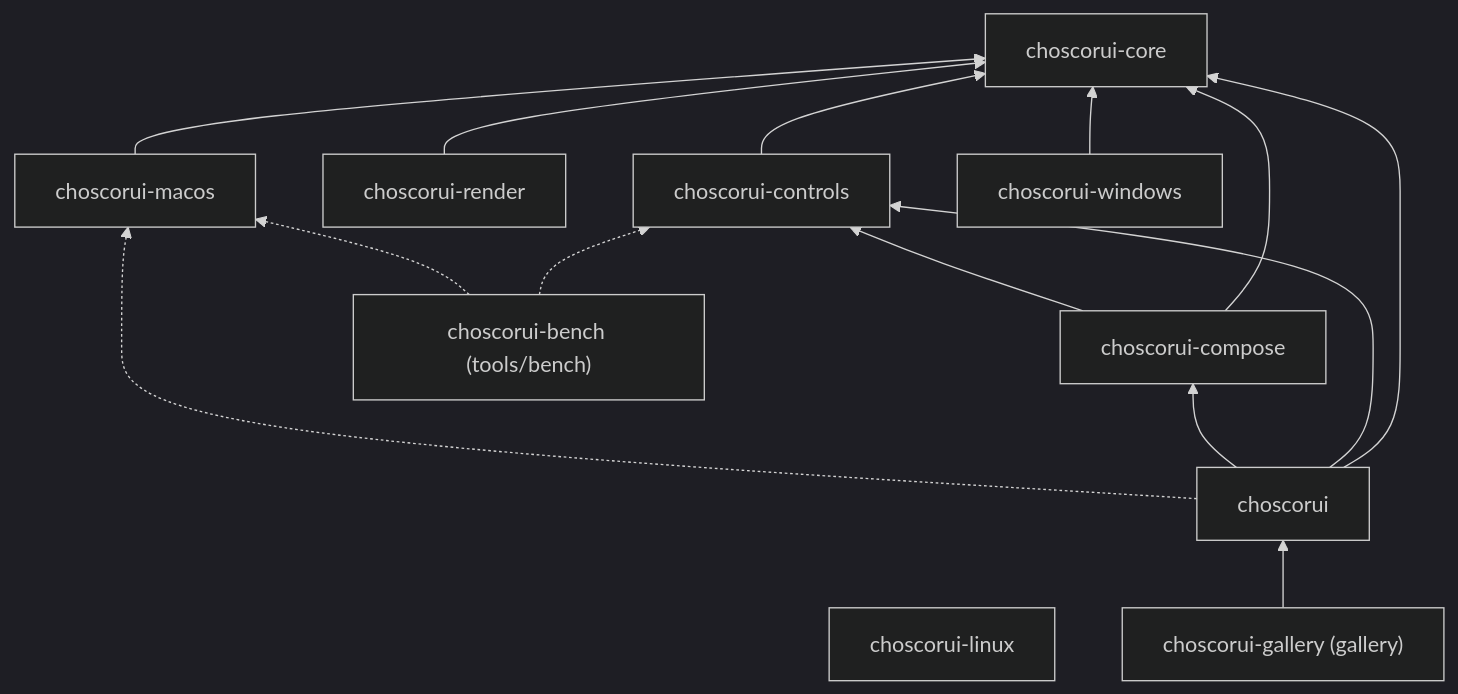
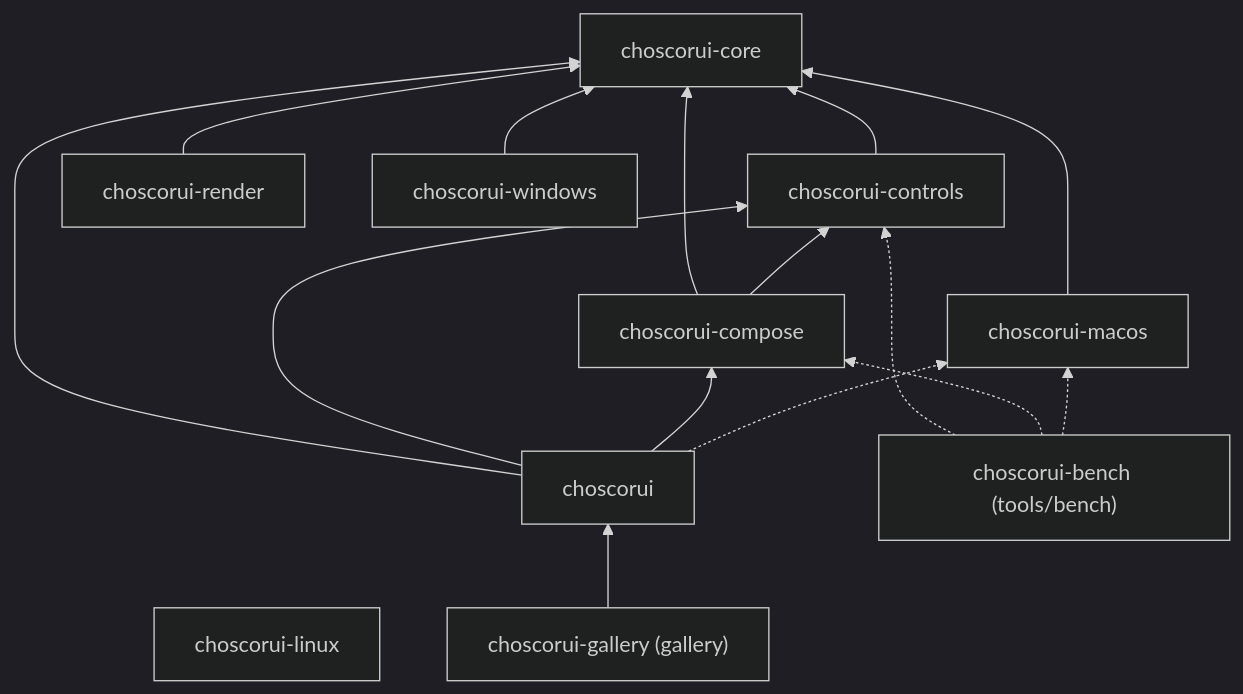
The first of 2 diagrams in docs/architecture.md (choscor/choscorui), drawn with Mermaid (dark theme) before and after one commit. The commit also changed other lines of this file and 13 other files, not shown here.

````diff
--- a/docs/architecture.md
+++ b/docs/architecture.md
@@ -132,26 +132,27 @@
 ```mermaid
 flowchart BT
     core["choscorui-core"]
     controls["choscorui-controls"]
     compose["choscorui-compose"]
     render["choscorui-render"]
     macos["choscorui-macos"]
     windows["choscorui-windows"]
     linux["choscorui-linux"]
     facade["choscorui"]
     gallery["choscorui-gallery (gallery)"]
     bench["choscorui-bench (tools/bench)"]
     controls --> core
     compose --> core
     compose --> controls
     render --> core
     macos --> core
     windows --> core
     facade --> core
     facade --> controls
     facade --> compose
     facade -.-> macos
     gallery --> facade
     bench -.-> controls
+    bench -.-> compose
     bench -.-> macos
 ```
````
